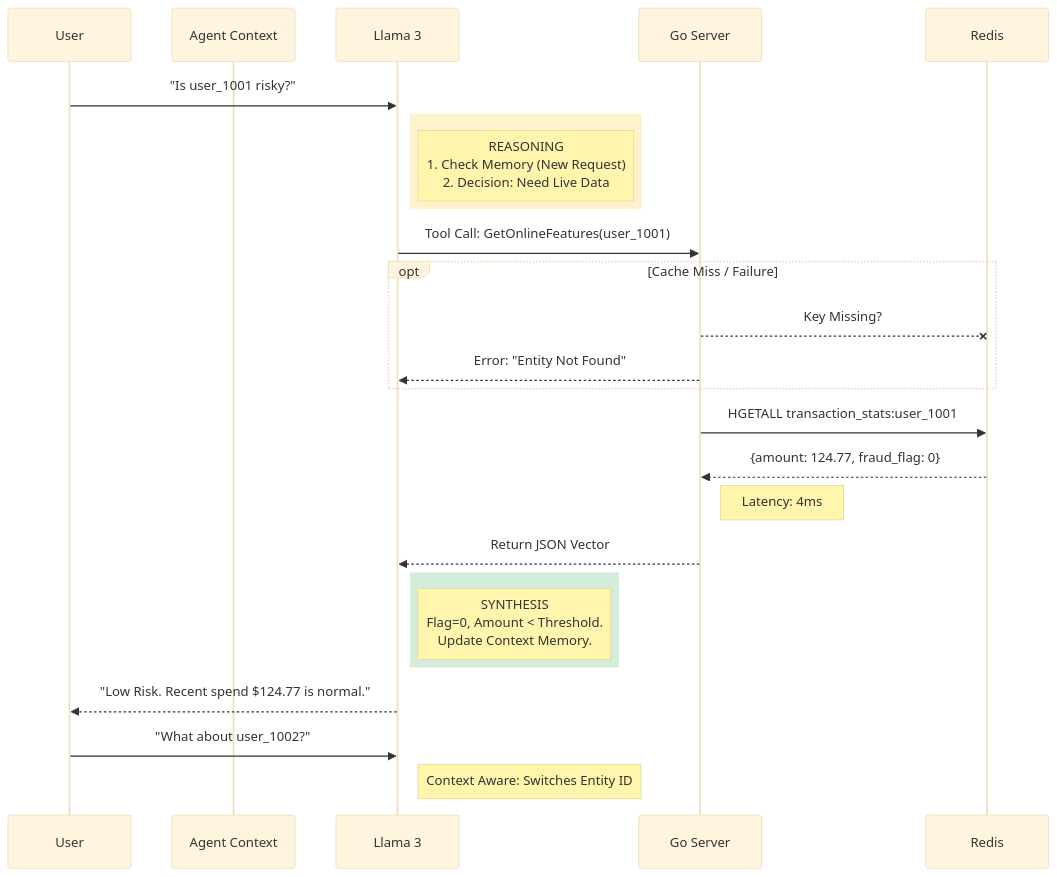
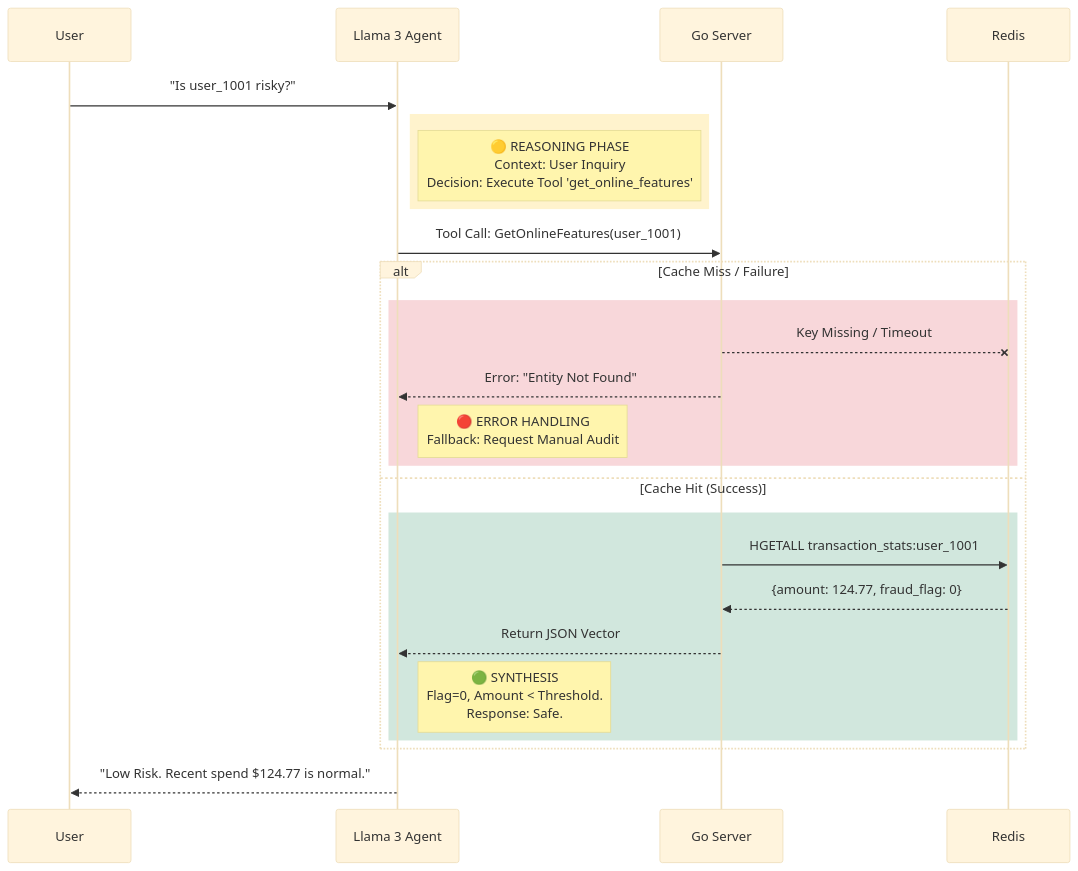
One commit to SalmaTech-03/kairos-platform changed the third of 3 diagrams in README.md. Above: the diagram before and after it, drawn with Mermaid (base theme). The commit also changed other lines of this file, not shown here.

````diff
--- a/README.md
+++ b/README.md
@@ -65,35 +91,32 @@
 ```mermaid
 sequenceDiagram
     participant User
-    participant Memory as Agent Context
-    participant LLM as Llama 3
+    participant LLM as Llama 3 Agent
     participant Go as Go Server
     participant Redis
 
     User->>LLM: "Is user_1001 risky?"
     
     rect rgb(255, 243, 205)
-        Note right of LLM:  REASONING<br/>1. Check Memory (New Request)<br/>2. Decision: Need Live Data
+        Note right of LLM: 🟡 REASONING PHASE<br/>Context: User Inquiry<br/>Decision: Execute Tool 'get_online_features'
     end
     
     LLM->>Go: Tool Call: GetOnlineFeatures(user_1001)
     
-    opt Cache Miss / Failure
-        Go--xRedis: Key Missing?
-        Go-->>LLM: Error: "Entity Not Found"
-    end
-
-    Go->>Redis: HGETALL transaction_stats:user_1001
-    Redis-->>Go: {amount: 124.77, fraud_flag: 0}
-    Note right of Go:  Latency: 4ms
-    Go-->>LLM: Return JSON Vector
-
-    rect rgb(212, 237, 218)
-        Note right of LLM:  SYNTHESIS<br/>Flag=0, Amount < Threshold.<br/>Update Context Memory.
+    alt Cache Miss / Failure
+        rect rgb(248, 215, 218)
+            Go--xRedis: Key Missing / Timeout
+            Go-->>LLM: Error: "Entity Not Found"
+            Note right of LLM: 🔴 ERROR HANDLING<br/>Fallback: Request Manual Audit
+        end
+    else Cache Hit (Success)
+        rect rgb(209, 231, 221)
+            Go->>Redis: HGETALL transaction_stats:user_1001
+            Redis-->>Go: {amount: 124.77, fraud_flag: 0}
+            Go-->>LLM: Return JSON Vector
+            Note right of LLM: 🟢 SYNTHESIS<br/>Flag=0, Amount < Threshold.<br/>Response: Safe.
+        end
     end
     
     LLM-->>User: "Low Risk. Recent spend $124.77 is normal."
-    
-    User->>LLM: "What about user_1002?"
-    Note right of LLM: Context Aware: Switches Entity ID
 ```
````
